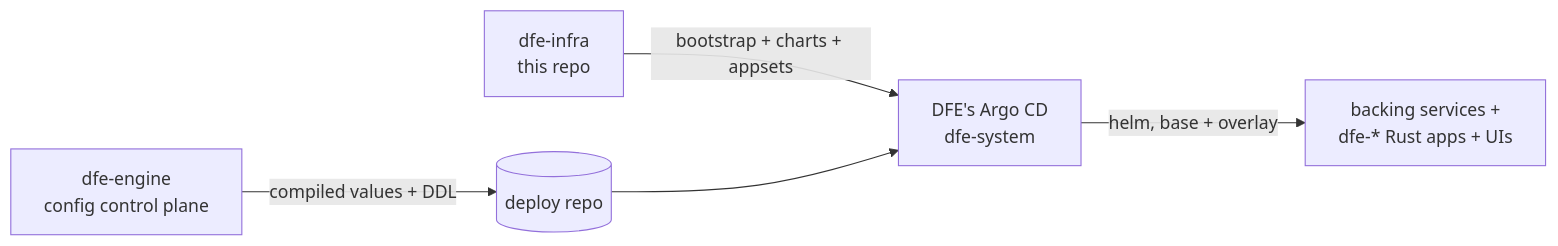
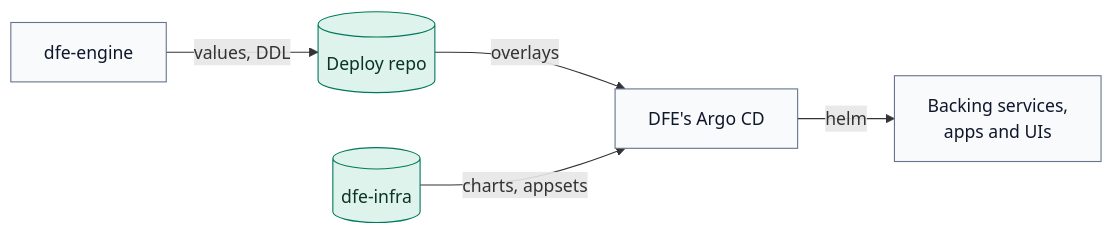
The diagram in docs/architecture.md (hyperi-io/dfe-infra), drawn with Mermaid before and after one commit. The commit also changed other lines of this file and 1 other file, not shown here.

Commit message:
docs(diagrams): redraw edge and deployment diagrams
The edge-auth.md login sequence did not parse on Mermaid 12.3.0. A `;` in its note ended the statement. The sequence shows federated login alone. The three-step local login is prose below it.

The exposure topology and the architecture.md deployment diagram run left to right with no skip arrows. Each diagram has a level, an intro, accTitle, accDescr and a caption with its Up link.

````diff
--- a/docs/architecture.md
+++ b/docs/architecture.md
@@ -7,7 +9,23 @@
 ```mermaid
 flowchart LR
-    ENG[dfe-engine<br/>config control plane] -->|compiled values + DDL| DREPO[(deploy repo)]
-    INF[dfe-infra<br/>this repo] -->|bootstrap + charts + appsets| ARGO[DFE's Argo CD<br/>dfe-system]
-    DREPO --> ARGO
-    ARGO -->|helm, base + overlay| APPS[backing services +<br/>dfe-* Rust apps + UIs]
+    accTitle: L2 Services -- DFE deployment
+    accDescr: dfe-engine writes compiled values and DDL to the deploy repo. DFE's Argo CD reads the overlays from the deploy repo and the charts and ApplicationSets from dfe-infra, and applies them with Helm to the backing services, the dfe apps and the UIs.
+
+    engine["dfe-engine"]
+
+    deployrepo[("Deploy repo")]
+    infrarepo[("dfe-infra")]
+
+    argocd["DFE's Argo CD"]
+
+    services["Backing services,<br/>apps and UIs"]
+
+    engine -->|values, DDL| deployrepo
+    deployrepo -->|overlays| argocd
+    infrarepo -->|charts, appsets| argocd
+    argocd -->|helm| services
+
+    classDef default fill:#F8FAFC,stroke:#64748B,stroke-width:1px,color:#0F172A
+    classDef store fill:#DDF3EC,stroke:#00785A,stroke-width:1px,color:#0B3327
+    class deployrepo,infrarepo store
 ```
````
